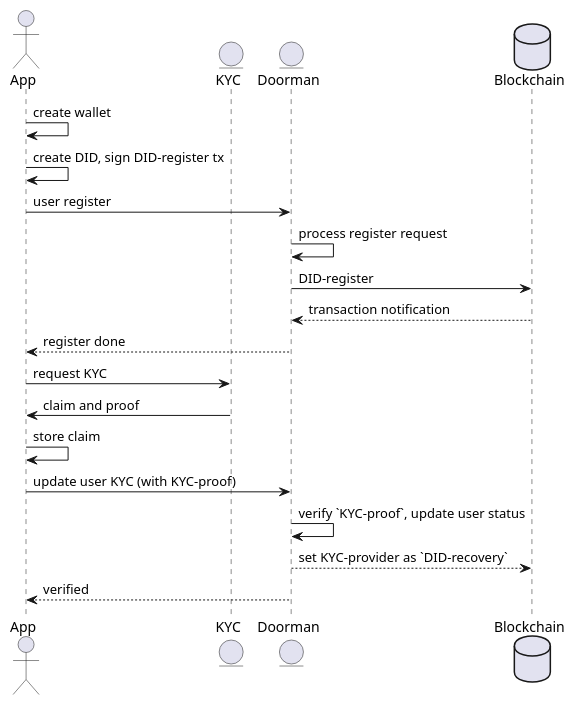
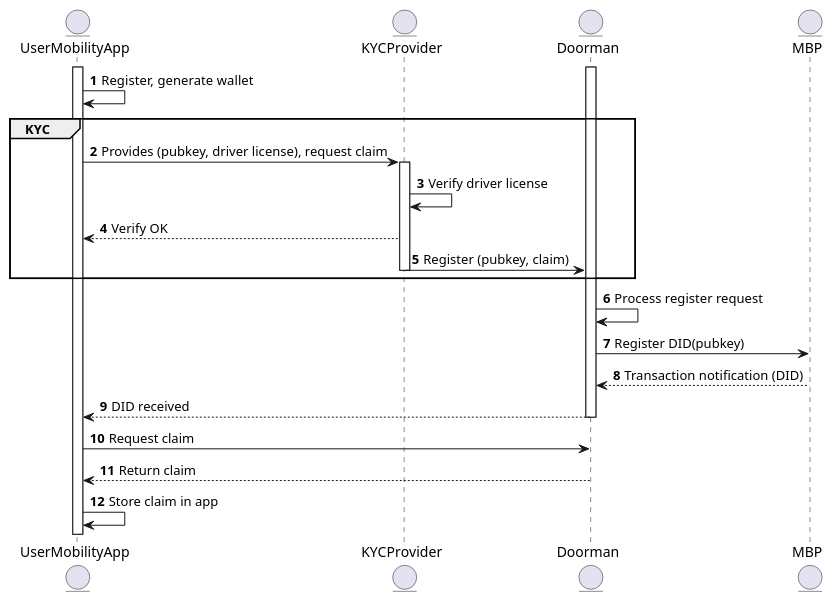
Before and after one commit to Honglei-Cong/documents: the first of 3 diagrams in projects/daimler/MBP-login.md, drawn with PlantUML. The commit also changed other lines of this file and 3 other files, not shown here.

Commit message:
update MBP login process

````diff
--- a/projects/daimler/MBP-login.md
+++ b/projects/daimler/MBP-login.md
@@ -83,20 +18,27 @@
 ```plantuml
-actor App
-entity KYC
+autonumber
+entity UserMobilityApp
+entity KYCProvider
 entity Doorman
-database Blockchain
-App->App: create wallet
-App->App: create DID, sign DID-register tx
-App->Doorman: user register
-Doorman->Doorman: process register request
-Doorman->Blockchain: DID-register
-Blockchain-->Doorman: transaction notification
-Doorman-->App: register done
-App->KYC: request KYC
-KYC->App: claim and proof
-App->App: store claim
-App->Doorman: update user KYC (with KYC-proof)
-Doorman->Doorman: verify `KYC-proof`, update user status
-Doorman-->Blockchain: set KYC-provider as `DID-recovery`
-Doorman-->App: verified
+entity MBP
+
+activate UserMobilityApp
+UserMobilityApp->UserMobilityApp: Register, generate wallet
+group KYC
+    UserMobilityApp->KYCProvider: Provides (pubkey, driver license), request claim
+    activate KYCProvider
+    KYCProvider->KYCProvider: Verify driver license
+    KYCProvider-->UserMobilityApp: Verify OK
+    KYCProvider->Doorman: Register (pubkey, claim)
+    deactivate KYCProvider
+end
+activate Doorman
+Doorman->Doorman: Process register request
+Doorman->MBP: Register DID(pubkey)
+MBP-->Doorman: Transaction notification (DID)
+Doorman-->UserMobilityApp: DID received
+deactivate Doorman
+UserMobilityApp->Doorman: Request claim
+Doorman-->UserMobilityApp: Return claim
+UserMobilityApp->UserMobilityApp: Store claim in app
 ```
````
